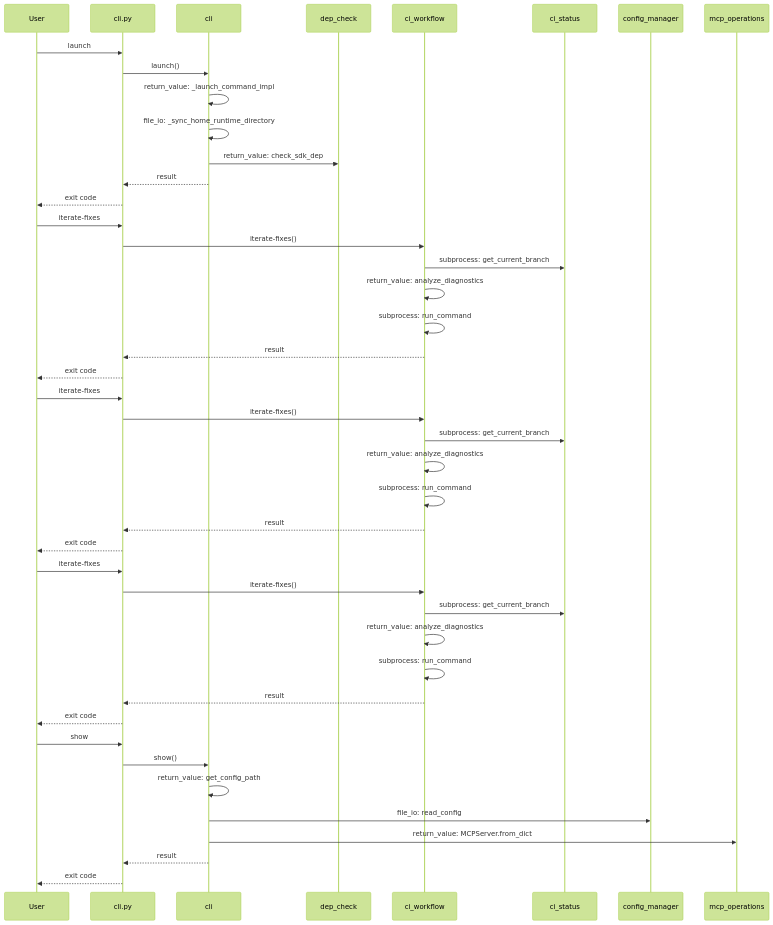
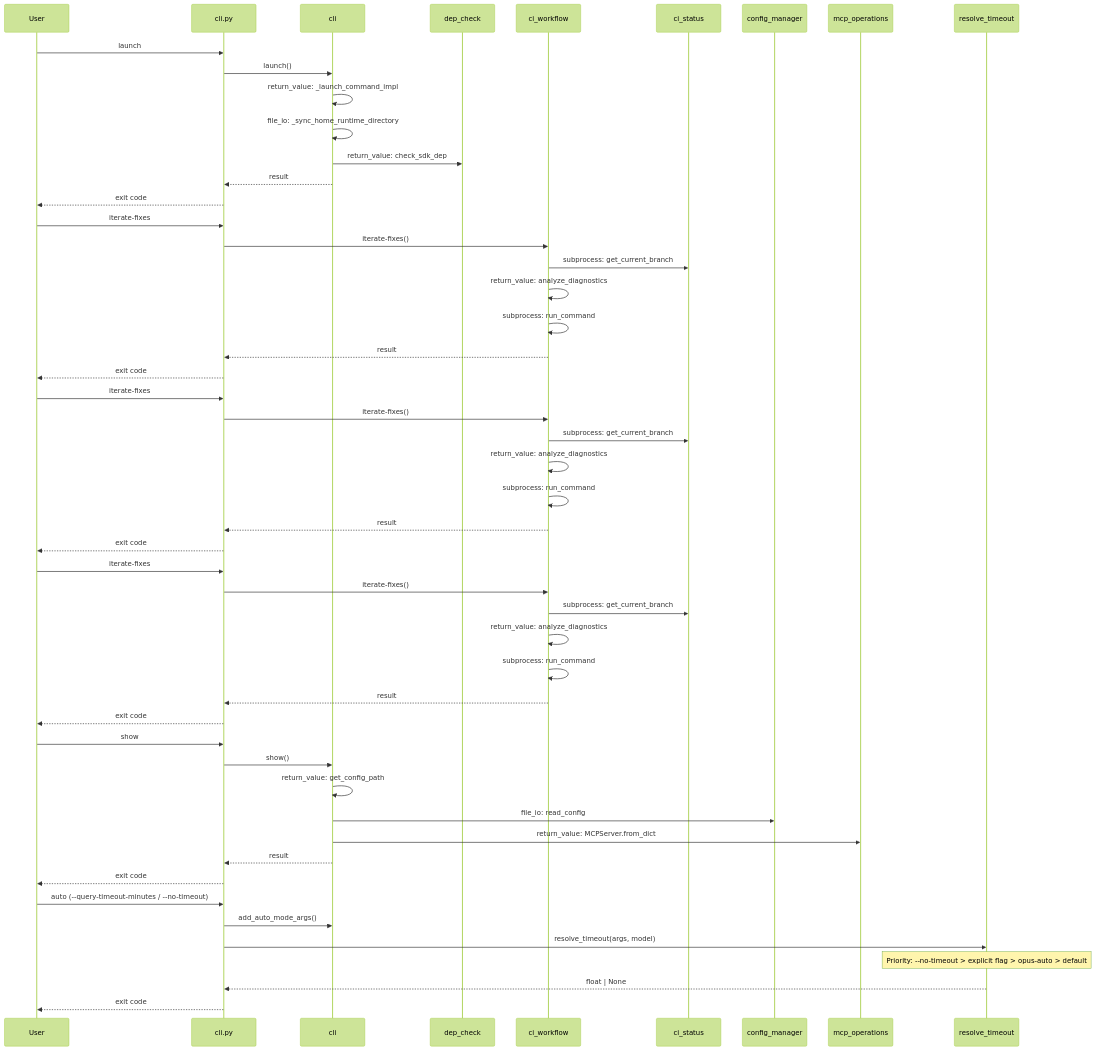
One commit to rysweet/amplihack changed the diagram in docs/atlas/user-journeys/user-journeys.mmd. Above: the diagram before and after it, drawn with Mermaid (forest theme). The commit also changed 55 other files, not shown here.

First line of the commit message:
fix(cli): add resolve_timeout, --query-timeout-minutes, --no-timeout args; fix SDK dep non-fatal; expose cli.py symbols via package __getattr__

```diff
--- a/docs/atlas/user-journeys/user-journeys.mmd
+++ b/docs/atlas/user-journeys/user-journeys.mmd
@@ -1,48 +1,56 @@
 sequenceDiagram
     participant User
     participant CLI as cli.py
     participant cli
     User->>CLI: launch
     CLI->>cli: launch()
     cli->>cli: return_value: _launch_command_impl
     cli->>cli: file_io: _sync_home_runtime_directory
     participant dep_check
     cli->>dep_check: return_value: check_sdk_dep
     cli-->>CLI: result
     CLI-->>User: exit code
 
     participant ci_workflow
     User->>CLI: iterate-fixes
     CLI->>ci_workflow: iterate-fixes()
     participant ci_status
     ci_workflow->>ci_status: subprocess: get_current_branch
     ci_workflow->>ci_workflow: return_value: analyze_diagnostics
     ci_workflow->>ci_workflow: subprocess: run_command
     ci_workflow-->>CLI: result
     CLI-->>User: exit code
 
     User->>CLI: iterate-fixes
     CLI->>ci_workflow: iterate-fixes()
     ci_workflow->>ci_status: subprocess: get_current_branch
     ci_workflow->>ci_workflow: return_value: analyze_diagnostics
     ci_workflow->>ci_workflow: subprocess: run_command
     ci_workflow-->>CLI: result
     CLI-->>User: exit code
 
     User->>CLI: iterate-fixes
     CLI->>ci_workflow: iterate-fixes()
     ci_workflow->>ci_status: subprocess: get_current_branch
     ci_workflow->>ci_workflow: return_value: analyze_diagnostics
     ci_workflow->>ci_workflow: subprocess: run_command
     ci_workflow-->>CLI: result
     CLI-->>User: exit code
 
     User->>CLI: show
     CLI->>cli: show()
     cli->>cli: return_value: get_config_path
     participant config_manager
     cli->>config_manager: file_io: read_config
     participant mcp_operations
     cli->>mcp_operations: return_value: MCPServer.from_dict
     cli-->>CLI: result
     CLI-->>User: exit code
+
+    participant resolve_timeout
+    User->>CLI: auto (--query-timeout-minutes / --no-timeout)
+    CLI->>cli: add_auto_mode_args()
+    CLI->>resolve_timeout: resolve_timeout(args, model)
+    Note over resolve_timeout: Priority: --no-timeout > explicit flag > opus-auto > default
+    resolve_timeout-->>CLI: float | None
+    CLI-->>User: exit code
```
